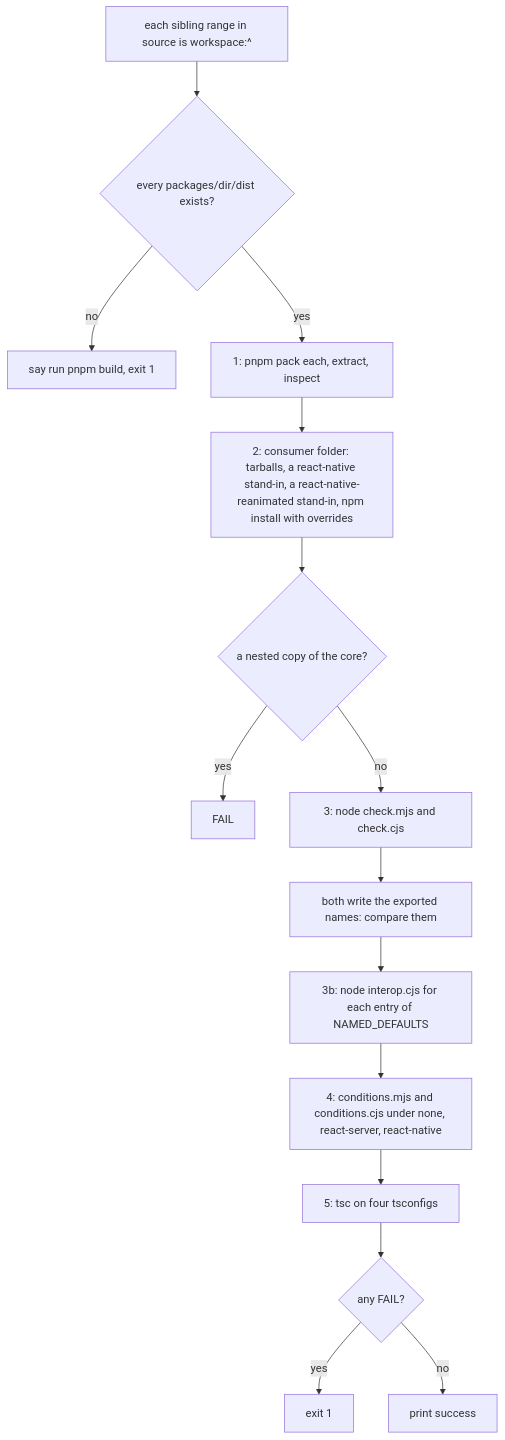
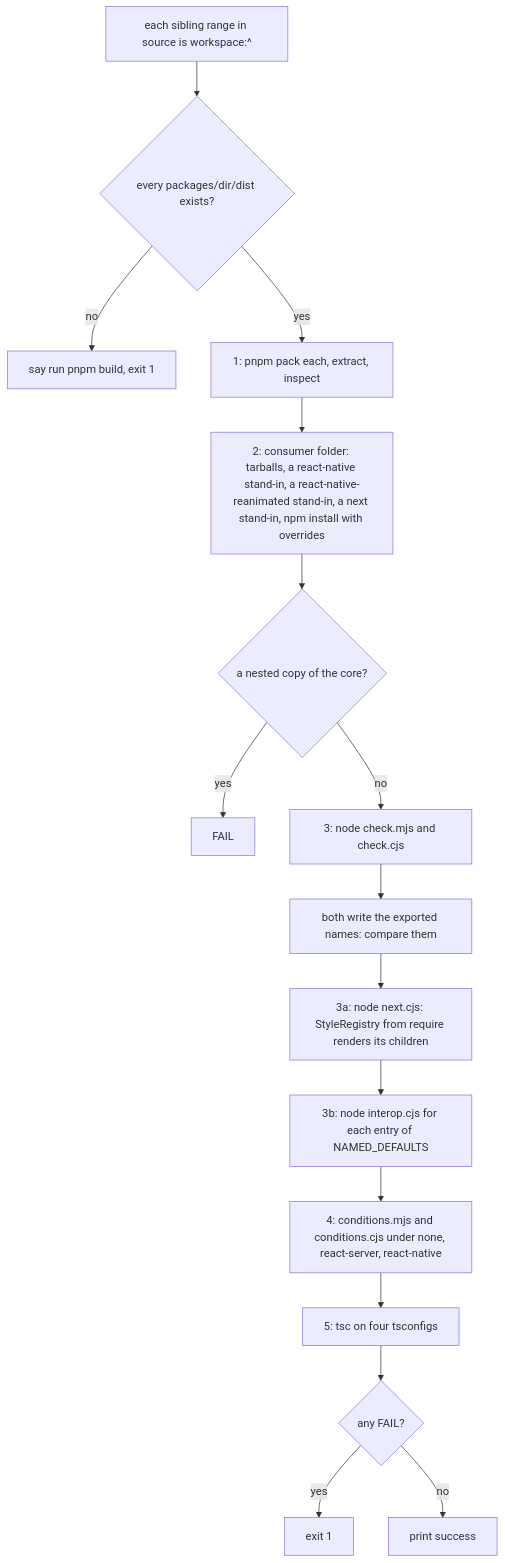
The diagram in scripts/smoke-packed.md (soroush-tech/umber-style), drawn with Mermaid before and after one commit. The commit also changed other lines of this file and 45 other files, not shown here.

Commit message:
feat(react): StyleRegistry from @umber-style/react/next places the styles of a Next.js page in the head and between streamed pieces, never among its elements, for Next.js ^16.4.6 - close #70

````diff
--- a/scripts/smoke-packed.md
+++ b/scripts/smoke-packed.md
@@ -26,17 +27,18 @@
 ```mermaid
 flowchart TD
   s0["each sibling range in source is workspace:^"] --> dist{"every packages/dir/dist exists?"}
   dist -->|no| stop["say run pnpm build, exit 1"]
   dist -->|yes| s1["1: pnpm pack each, extract, inspect"]
-  s1 --> s2["2: consumer folder: tarballs, a react-native stand-in, a react-native-reanimated stand-in, npm install with overrides"]
+  s1 --> s2["2: consumer folder: tarballs, a react-native stand-in, a react-native-reanimated stand-in, a next stand-in, npm install with overrides"]
   s2 --> one{"a nested copy of the core?"}
   one -->|yes| f1["FAIL"]
   one -->|no| s3["3: node check.mjs and check.cjs"]
   s3 --> keys["both write the exported names: compare them"]
-  keys --> s3b["3b: node interop.cjs for each entry of NAMED_DEFAULTS"]
+  keys --> s3a["3a: node next.cjs: StyleRegistry from require renders its children"]
+  s3a --> s3b["3b: node interop.cjs for each entry of NAMED_DEFAULTS"]
   s3b --> s4["4: conditions.mjs and conditions.cjs under none, react-server, react-native"]
   s4 --> s5["5: tsc on four tsconfigs"]
   s5 --> end1{"any FAIL?"}
   end1 -->|yes| exit1["exit 1"]
   end1 -->|no| done["print success"]
 ```
````
